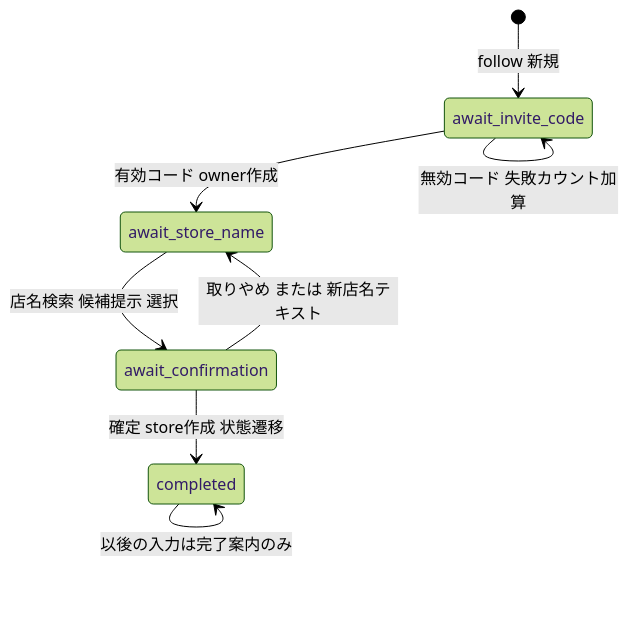
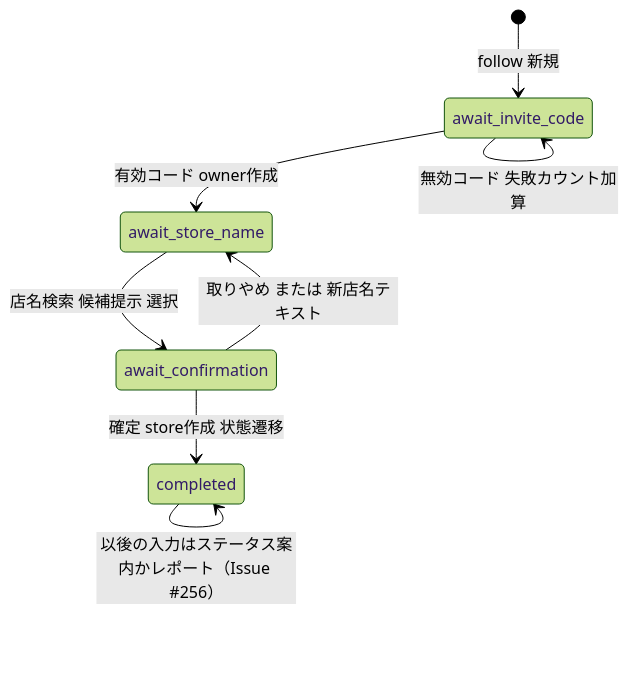
Before and after one commit to ManatoYamashita/fw-line-meo: the second of 3 diagrams in .kiro/specs/line-onboarding/design.md, drawn with Mermaid (forest theme). The commit also changed other lines of this file and 16 other files, not shown here.

````diff
--- a/.kiro/specs/line-onboarding/design.md
+++ b/.kiro/specs/line-onboarding/design.md
@@ -186,10 +186,10 @@
 ```mermaid
 stateDiagram-v2
     [*] --> await_invite_code : follow 新規
     await_invite_code --> await_invite_code : 無効コード 失敗カウント加算
     await_invite_code --> await_store_name : 有効コード owner作成
     await_store_name --> await_confirmation : 店名検索 候補提示 選択
     await_confirmation --> await_store_name : 取りやめ または 新店名テキスト
     await_confirmation --> completed : 確定 store作成 状態遷移
-    completed --> completed : 以後の入力は完了案内のみ
+    completed --> completed : 以後の入力はステータス案内かレポート（Issue #256）
 ```
````
